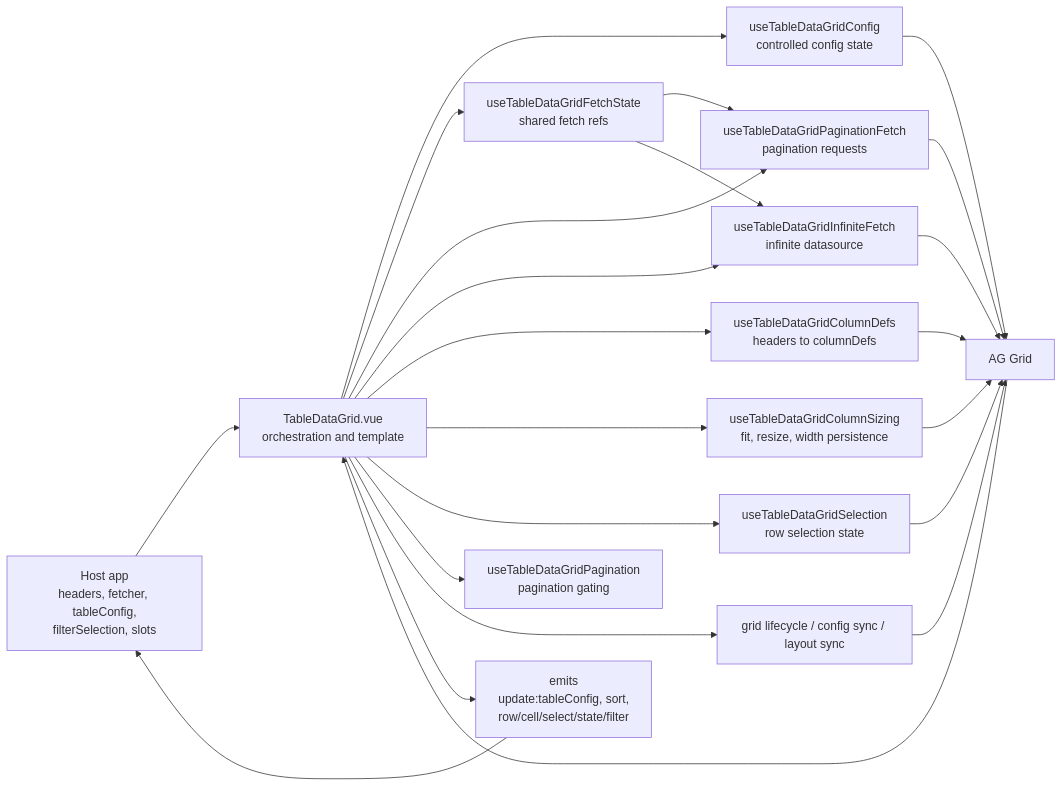
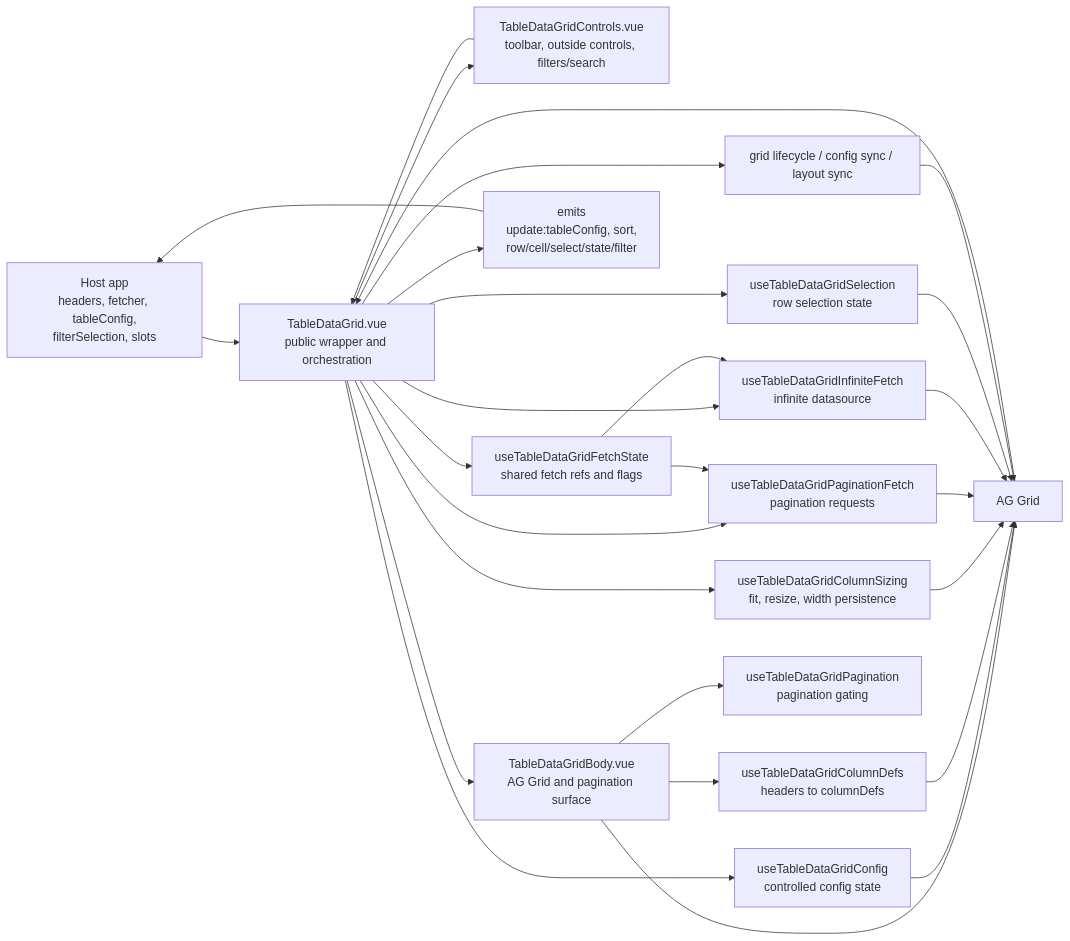
The first of 5 diagrams in packages/core/table-data-grid/docs/architecture.md (Kong/public-ui-components), drawn with Mermaid before and after one commit. The commit also changed other lines of this file, not shown here.

Commit message:
docs(table-data-grid): tighten reviewer guidance

````diff
--- a/packages/core/table-data-grid/docs/architecture.md
+++ b/packages/core/table-data-grid/docs/architecture.md
@@ -11,39 +11,45 @@
 ```mermaid
 flowchart LR
   Host["Host app<br/>headers, fetcher, tableConfig,<br/>filterSelection, slots"]
-  Component["TableDataGrid.vue<br/>orchestration and template"]
+  Component["TableDataGrid.vue<br/>public wrapper and orchestration"]
+  Controls["TableDataGridControls.vue<br/>toolbar, outside controls, filters/search"]
+  Body["TableDataGridBody.vue<br/>AG Grid and pagination surface"]
   Config["useTableDataGridConfig<br/>controlled config state"]
-  FetchState["useTableDataGridFetchState<br/>shared fetch refs"]
+  FetchState["useTableDataGridFetchState<br/>shared fetch refs and flags"]
   PaginationFetch["useTableDataGridPaginationFetch<br/>pagination requests"]
   InfiniteFetch["useTableDataGridInfiniteFetch<br/>infinite datasource"]
   Columns["useTableDataGridColumnDefs<br/>headers to columnDefs"]
   Sizing["useTableDataGridColumnSizing<br/>fit, resize, width persistence"]
   Selection["useTableDataGridSelection<br/>row selection state"]
   Pagination["useTableDataGridPagination<br/>pagination gating"]
   Lifecycle["grid lifecycle / config sync / layout sync"]
   Grid["AG Grid"]
   Events["emits<br/>update:tableConfig, sort,<br/>row/cell/select/state/filter"]
 
   Host --> Component
+  Component --> Controls
+  Component --> Body
   Component --> Config
   Component --> FetchState
   Component --> PaginationFetch
   Component --> InfiniteFetch
-  Component --> Columns
   Component --> Sizing
   Component --> Selection
-  Component --> Pagination
   Component --> Lifecycle
   FetchState --> PaginationFetch
   FetchState --> InfiniteFetch
+  Controls --> Component
+  Body --> Columns
+  Body --> Pagination
+  Body --> Grid
   Config --> Grid
   Columns --> Grid
   Sizing --> Grid
   PaginationFetch --> Grid
   InfiniteFetch --> Grid
   Selection --> Grid
   Lifecycle --> Grid
   Grid --> Component
   Component --> Events
   Events --> Host
 ```
````
